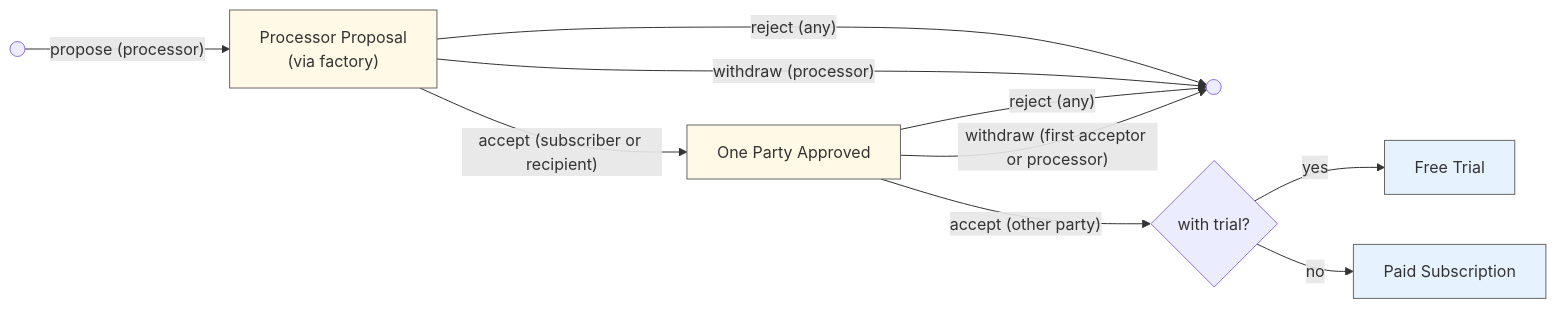
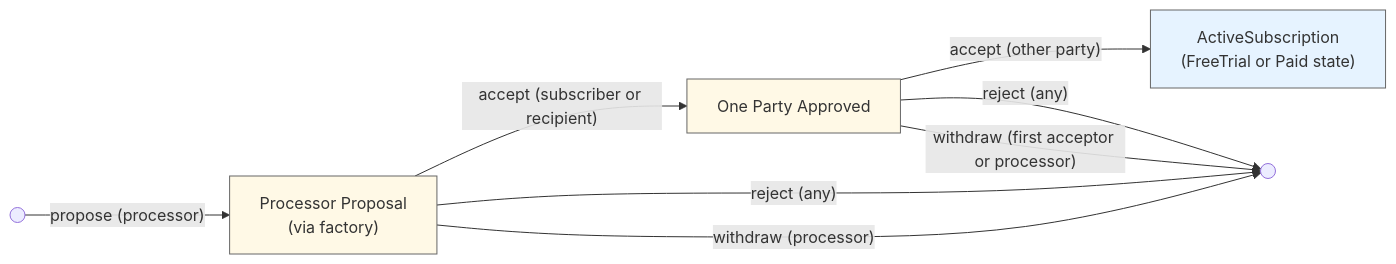
The third of 5 diagrams in Subscriptions-v01/README.md (Fairmint/open-captable-protocol-daml), drawn with Mermaid before and after one commit. The commit also changed other lines of this file and 20 other files, not shown here.

````diff
--- a/Subscriptions-v01/README.md
+++ b/Subscriptions-v01/README.md
@@ -171,17 +177,15 @@
 ```mermaid
 flowchart LR
     Start(( )) --> |"propose (processor)"| PP["Processor Proposal<br>(via factory)"]
     PP -->|"accept (subscriber or recipient)"| OneApproved[One Party Approved]
     PP -->|"reject (any)"| End(( ))
     PP -->|"withdraw (processor)"| End
-    OneApproved -->|"accept (other party)"| Choice{with trial?}
+    OneApproved -->|"accept (other party)"| AS["ActiveSubscription<br>(FreeTrial or Paid state)"]
     OneApproved -->|"reject (any)"| End
     OneApproved -->|"withdraw (first acceptor or processor)"| End
-    Choice -->|yes| FT[Free Trial]
-    Choice -->|no| PS[Paid Subscription]
     
     classDef proposal fill:#fff9e6,stroke:#666
     classDef active fill:#e6f3ff,stroke:#666
     class PP,OneApproved proposal
-    class FT,PS active
+    class AS active
 ```
````
